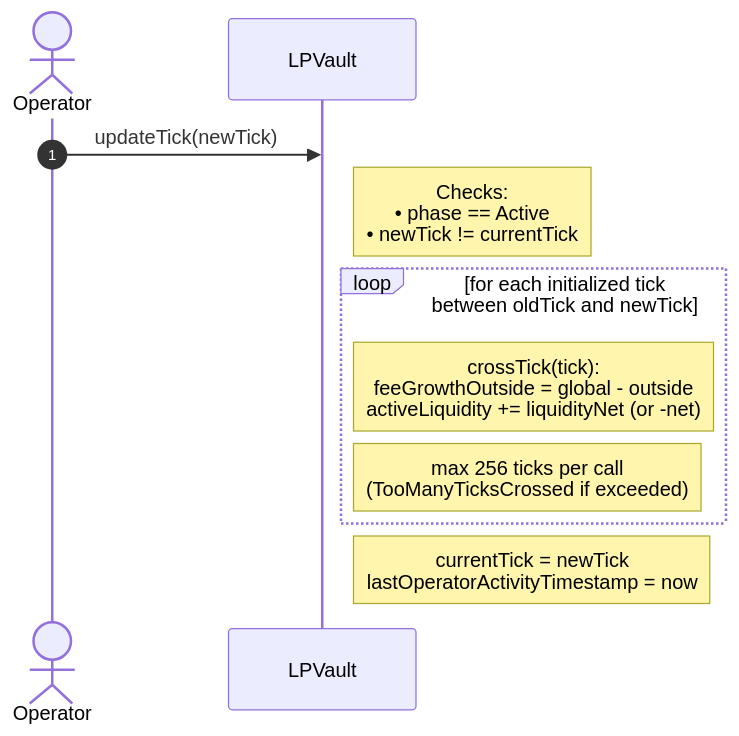
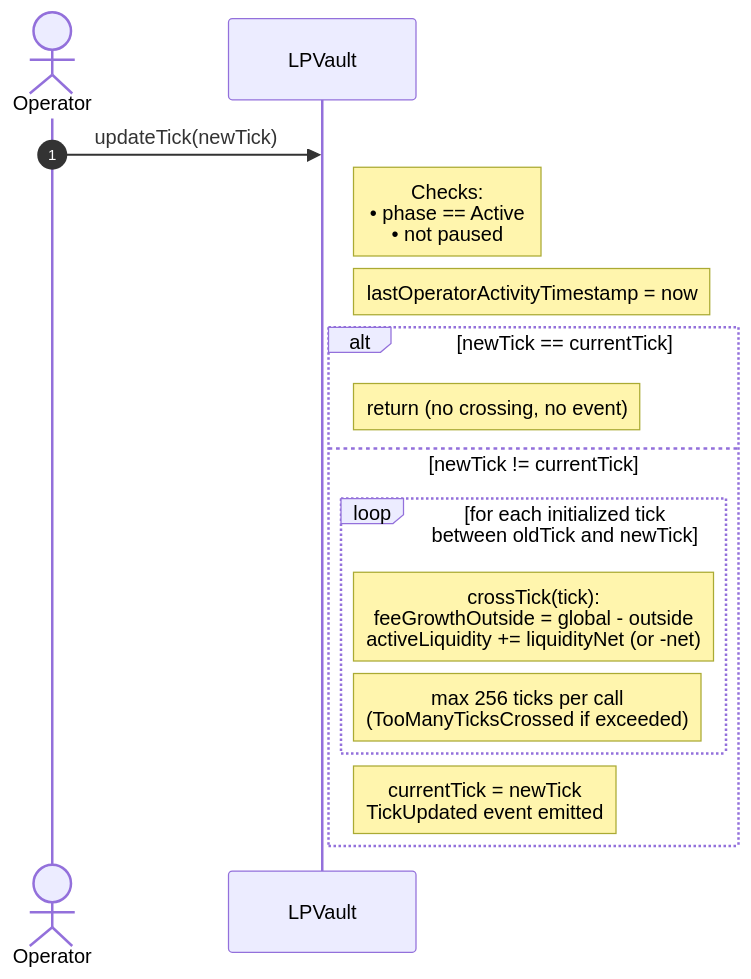
The fifth of 12 diagrams in FLOWS.md (ProphetMarket/lp-vaults), drawn with Mermaid before and after one commit. The commit also changed other lines of this file and 3 other files, not shown here.

````diff
--- a/FLOWS.md
+++ b/FLOWS.md
@@ -158,16 +158,21 @@
 ```mermaid
 sequenceDiagram
     autonumber
     actor Operator
     participant Vault as LPVault
 
     Operator->>Vault: updateTick(newTick)
-    Note right of Vault: Checks:<br/>• phase == Active<br/>• newTick != currentTick
+    Note right of Vault: Checks:<br/>• phase == Active<br/>• not paused
+    Note right of Vault: lastOperatorActivityTimestamp = now
 
-    loop for each initialized tick between oldTick and newTick
-        Note right of Vault: crossTick(tick):<br/>  feeGrowthOutside = global - outside<br/>  activeLiquidity += liquidityNet (or -net)
-        Note right of Vault: max 256 ticks per call<br/>(TooManyTicksCrossed if exceeded)
+    alt newTick == currentTick
+        Note right of Vault: return (no crossing, no event)
+    else newTick != currentTick
+        loop for each initialized tick between oldTick and newTick
+            Note right of Vault: crossTick(tick):<br/>  feeGrowthOutside = global - outside<br/>  activeLiquidity += liquidityNet (or -net)
+            Note right of Vault: max 256 ticks per call<br/>(TooManyTicksCrossed if exceeded)
+        end
+
+        Note right of Vault: currentTick = newTick<br/>TickUpdated event emitted
     end
-
-    Note right of Vault: currentTick = newTick<br/>lastOperatorActivityTimestamp = now
 ```
````
